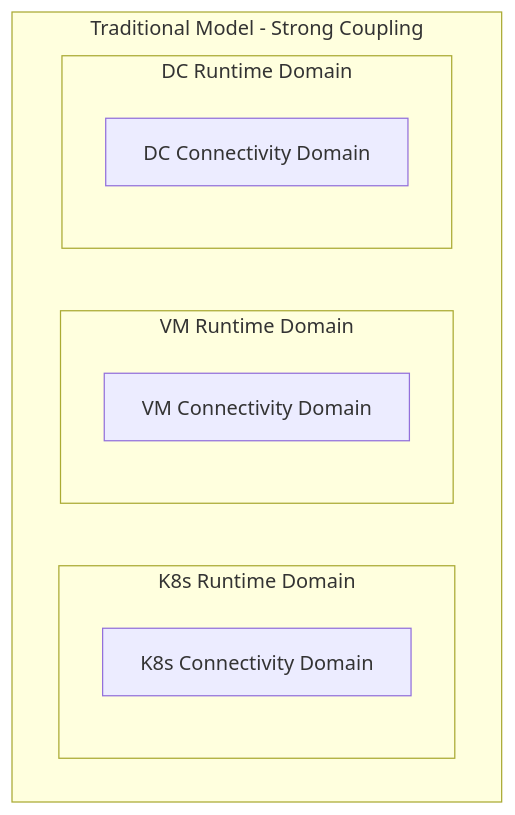
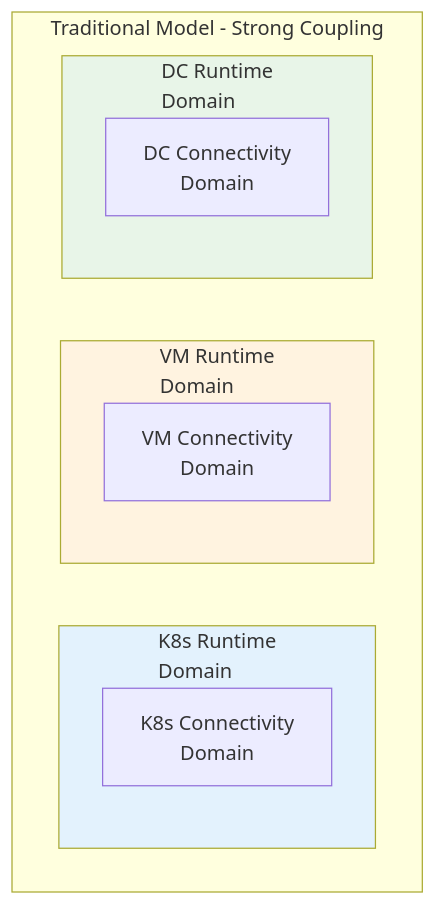
One commit to daviderestivo/nsm changed the first of 9 diagrams in doc/nsm-concepts.md. Above: the diagram before and after it, drawn with Mermaid.

Commit message:
docs: fix overlapping text in first Mermaid diagram
- Added line breaks to prevent text overlap in subgraph labels
- Added color styling for better visual distinction
- Improved readability of traditional model diagram
- Enhanced professional appearance of the diagram

````diff
--- a/doc/nsm-concepts.md
+++ b/doc/nsm-concepts.md
@@ -29,14 +29,18 @@
 ```mermaid
 graph TB
     subgraph "Traditional Model - Strong Coupling"
-        subgraph K8s["K8s Runtime Domain"]
-            K8sConn["K8s Connectivity Domain"]
+        subgraph K8s["K8s Runtime<br/>Domain"]
+            K8sConn["K8s Connectivity<br/>Domain"]
         end
-        subgraph VM["VM Runtime Domain"]
-            VMConn["VM Connectivity Domain"]
+        subgraph VM["VM Runtime<br/>Domain"]
+            VMConn["VM Connectivity<br/>Domain"]
         end
-        subgraph DC["DC Runtime Domain"]
-            DCConn["DC Connectivity Domain"]
+        subgraph DC["DC Runtime<br/>Domain"]
+            DCConn["DC Connectivity<br/>Domain"]
         end
     end
+    
+    style K8s fill:#e3f2fd
+    style VM fill:#fff3e0
+    style DC fill:#e8f5e8
 ```
````
